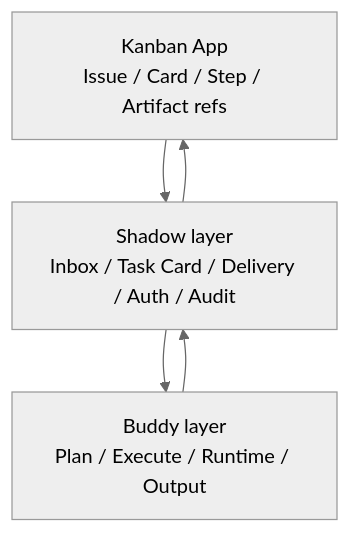
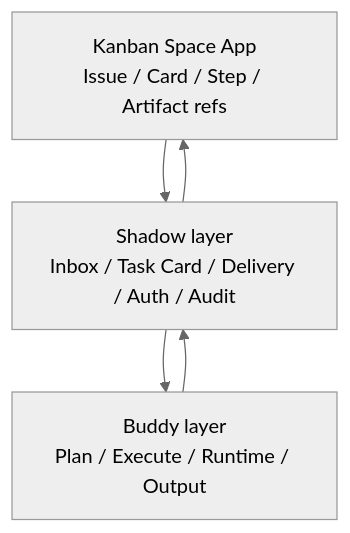
The fifth of 8 diagrams in docs/development/buddy-inbox-system-design-summary.md (buggyblues/shadow), drawn with Mermaid (neutral theme) before and after one commit. The commit also changed other lines of this file and 1186 other files, not shown here.

````diff
--- a/docs/development/buddy-inbox-system-design-summary.md
+++ b/docs/development/buddy-inbox-system-design-summary.md
@@ -144,11 +144,11 @@
 ```mermaid
 flowchart TB
-  AppLayer["Kanban App<br/>Issue / Card / Step / Artifact refs"]
+  AppLayer["Kanban Space App<br/>Issue / Card / Step / Artifact refs"]
   ShadowLayer["Shadow layer<br/>Inbox / Task Card / Delivery / Auth / Audit"]
   BuddyLayer["Buddy layer<br/>Plan / Execute / Runtime / Output"]
 
   AppLayer --> ShadowLayer
   ShadowLayer --> BuddyLayer
   BuddyLayer --> ShadowLayer
   ShadowLayer --> AppLayer
 ```
````
